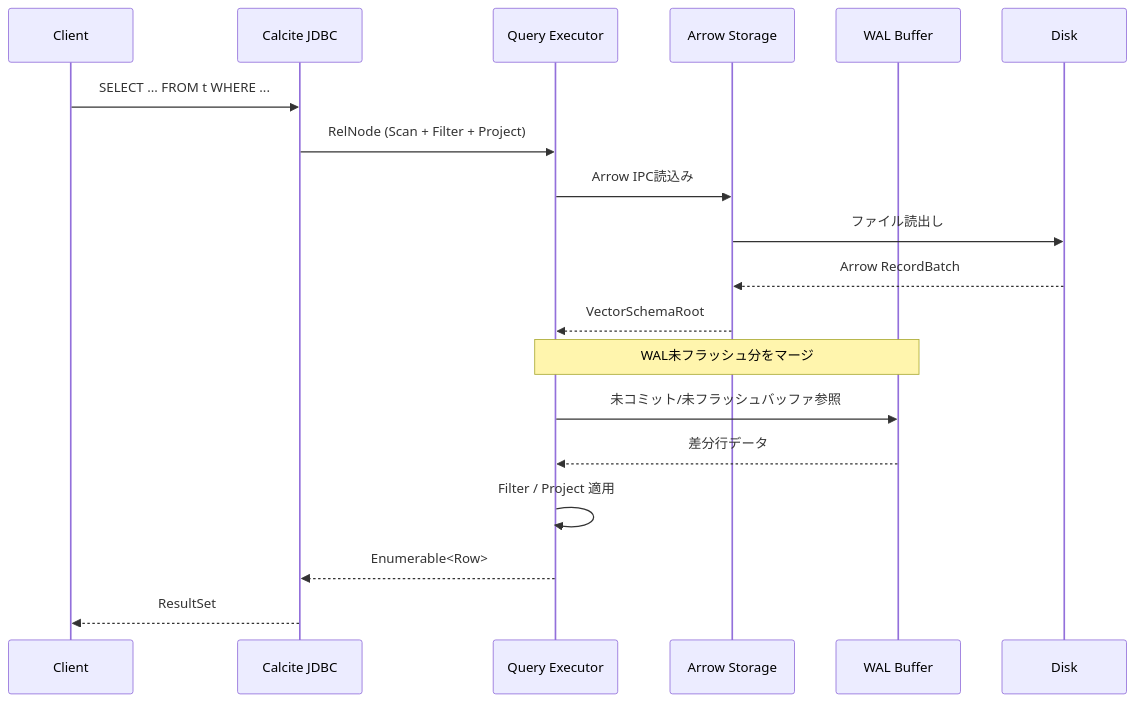
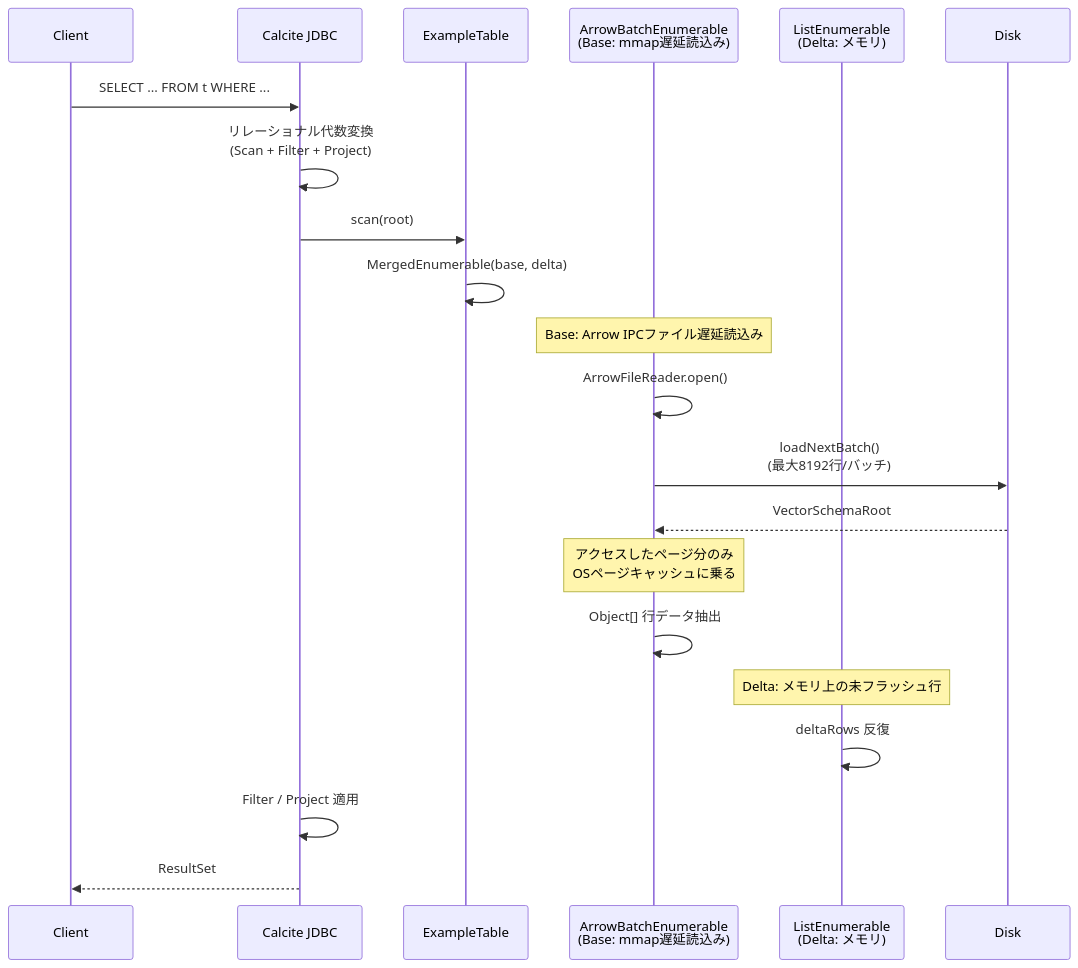
One commit to n-noguchi/example-rdb changed the fourth of 9 diagrams in docs/DESIGN.md. Above: the diagram before and after it, drawn with Mermaid. The commit also changed other lines of this file and 13 other files, not shown here.

````diff
--- a/docs/DESIGN.md
+++ b/docs/DESIGN.md
@@ -145,25 +164,27 @@
 ```mermaid
 sequenceDiagram
     participant Client
     participant Calcite as Calcite JDBC
-    participant Exec as Query Executor
-    participant Storage as Arrow Storage
-    participant WAL as WAL Buffer
+    participant Table as ExampleTable
+    participant Base as ArrowBatchEnumerable<br/>(Base: mmap遅延読込み)
+    participant Delta as ListEnumerable<br/>(Delta: メモリ)
     participant Disk as Disk
 
     Client->>Calcite: SELECT ... FROM t WHERE ...
-    Calcite->>Exec: RelNode (Scan + Filter + Project)
+    Calcite->>Calcite: リレーショナル代数変換<br/>(Scan + Filter + Project)
+    Calcite->>Table: scan(root)
+    Table->>Table: MergedEnumerable(base, delta)
 
-    Exec->>Storage: Arrow IPC読込み
-    Storage->>Disk: ファイル読出し
-    Disk-->>Storage: Arrow RecordBatch
-    Storage-->>Exec: VectorSchemaRoot
+    Note over Base: Base: Arrow IPCファイル遅延読込み
+    Base->>Base: ArrowFileReader.open()
+    Base->>Disk: loadNextBatch()<br/>(最大8192行/バッチ)
+    Disk-->>Base: VectorSchemaRoot
+    Note over Base: アクセスしたページ分のみ<br/>OSページキャッシュに乗る
+    Base->>Base: Object[] 行データ抽出
 
-    Note over Exec,WAL: WAL未フラッシュ分をマージ
-    Exec->>WAL: 未コミット/未フラッシュバッファ参照
-    WAL-->>Exec: 差分行データ
+    Note over Delta: Delta: メモリ上の未フラッシュ行
+    Delta->>Delta: deltaRows 反復
 
-    Exec->>Exec: Filter / Project 適用
-    Exec-->>Calcite: Enumerable<Row>
+    Calcite->>Calcite: Filter / Project 適用
     Calcite-->>Client: ResultSet
 ```
````
